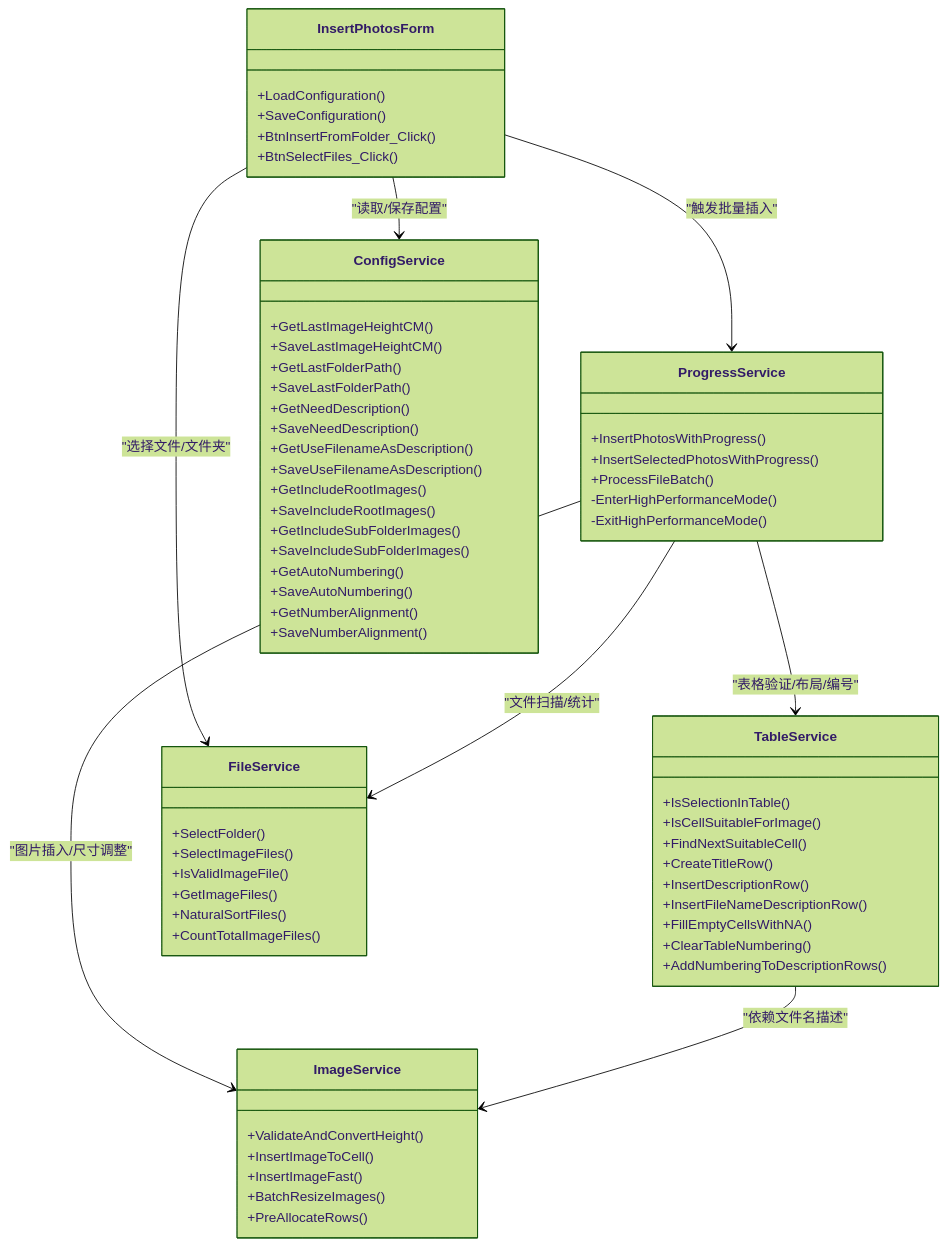
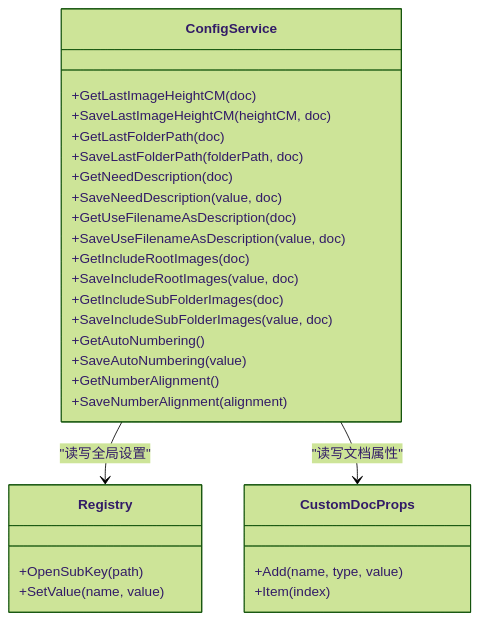
Before and after one commit to rainiva/WordTools: the fifth of 6 diagrams in .qoder/repowiki/zh/content/核心功能/核心功能.md, drawn with Mermaid (forest theme). The commit also changed other lines of this file and 63 other files, not shown here.

First line of the commit message:
全面优化：代码质量修复、自动编号重构、插图性能优化

````diff
--- a/.qoder/repowiki/zh/content/核心功能/核心功能.md
+++ b/.qoder/repowiki/zh/content/核心功能/核心功能.md
@@ -323,67 +238,31 @@
 ```mermaid
 classDiagram
-class InsertPhotosForm {
-+LoadConfiguration()
-+SaveConfiguration()
-+BtnInsertFromFolder_Click()
-+BtnSelectFiles_Click()
+class ConfigService {
++GetLastImageHeightCM(doc)
++SaveLastImageHeightCM(heightCM, doc)
++GetLastFolderPath(doc)
++SaveLastFolderPath(folderPath, doc)
++GetNeedDescription(doc)
++SaveNeedDescription(value, doc)
++GetUseFilenameAsDescription(doc)
++SaveUseFilenameAsDescription(value, doc)
++GetIncludeRootImages(doc)
++SaveIncludeRootImages(value, doc)
++GetIncludeSubFolderImages(doc)
++SaveIncludeSubFolderImages(value, doc)
++GetAutoNumbering()
++SaveAutoNumbering(value)
++GetNumberAlignment()
++SaveNumberAlignment(alignment)
 }
-class ProgressService {
-+InsertPhotosWithProgress()
-+InsertSelectedPhotosWithProgress()
-+ProcessFileBatch()
--EnterHighPerformanceMode()
--ExitHighPerformanceMode()
+class Registry {
++OpenSubKey(path)
++SetValue(name, value)
 }
-class TableService {
-+IsSelectionInTable()
-+IsCellSuitableForImage()
-+FindNextSuitableCell()
-+CreateTitleRow()
-+InsertDescriptionRow()
-+InsertFileNameDescriptionRow()
-+FillEmptyCellsWithNA()
-+ClearTableNumbering()
-+AddNumberingToDescriptionRows()
+class CustomDocProps {
++Add(name, type, value)
++Item(index)
 }
-class ImageService {
-+ValidateAndConvertHeight()
-+InsertImageToCell()
-+InsertImageFast()
-+BatchResizeImages()
-+PreAllocateRows()
-}
-class FileService {
-+SelectFolder()
-+SelectImageFiles()
-+IsValidImageFile()
-+GetImageFiles()
-+NaturalSortFiles()
-+CountTotalImageFiles()
-}
-class ConfigService {
-+GetLastImageHeightCM()
-+SaveLastImageHeightCM()
-+GetLastFolderPath()
-+SaveLastFolderPath()
-+GetNeedDescription()
-+SaveNeedDescription()
-+GetUseFilenameAsDescription()
-+SaveUseFilenameAsDescription()
-+GetIncludeRootImages()
-+SaveIncludeRootImages()
-+GetIncludeSubFolderImages()
-+SaveIncludeSubFolderImages()
-+GetAutoNumbering()
-+SaveAutoNumbering()
-+GetNumberAlignment()
-+SaveNumberAlignment()
-}
-InsertPhotosForm --> ConfigService : "读取/保存配置"
-InsertPhotosForm --> FileService : "选择文件/文件夹"
-InsertPhotosForm --> ProgressService : "触发批量插入"
-ProgressService --> TableService : "表格验证/布局/编号"
-ProgressService --> ImageService : "图片插入/尺寸调整"
-ProgressService --> FileService : "文件扫描/统计"
-TableService --> ImageService : "依赖文件名描述"
+ConfigService --> Registry : "读写全局设置"
+ConfigService --> CustomDocProps : "读写文档属性"
 ```
````
